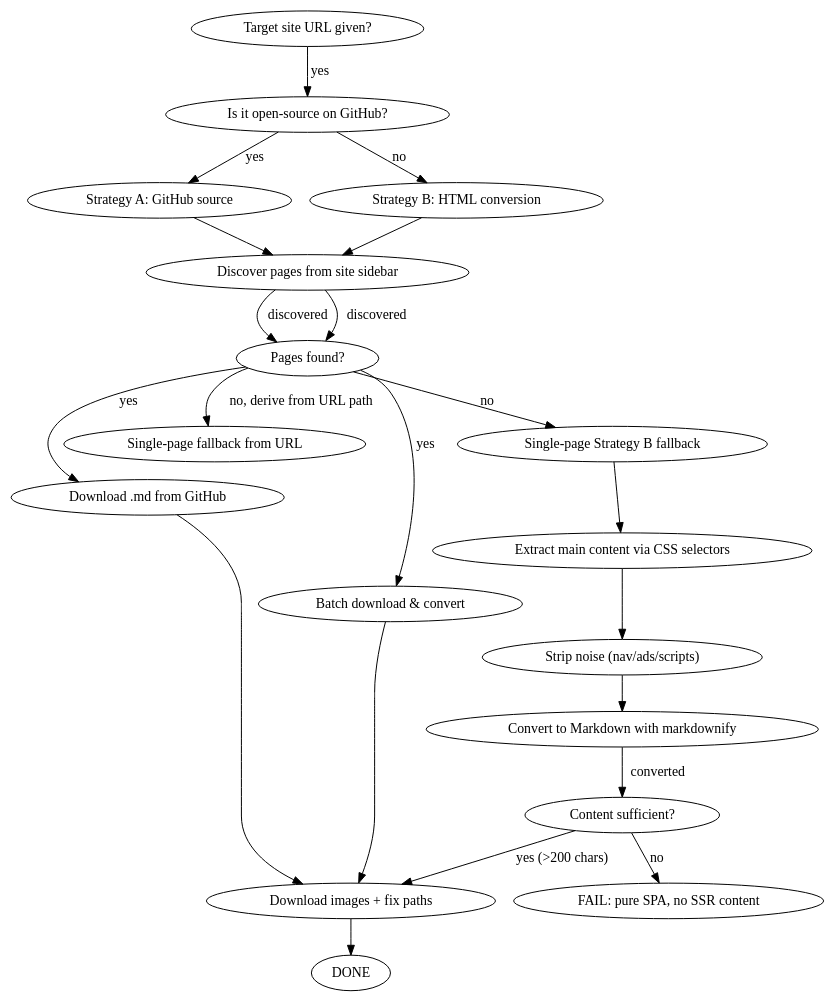
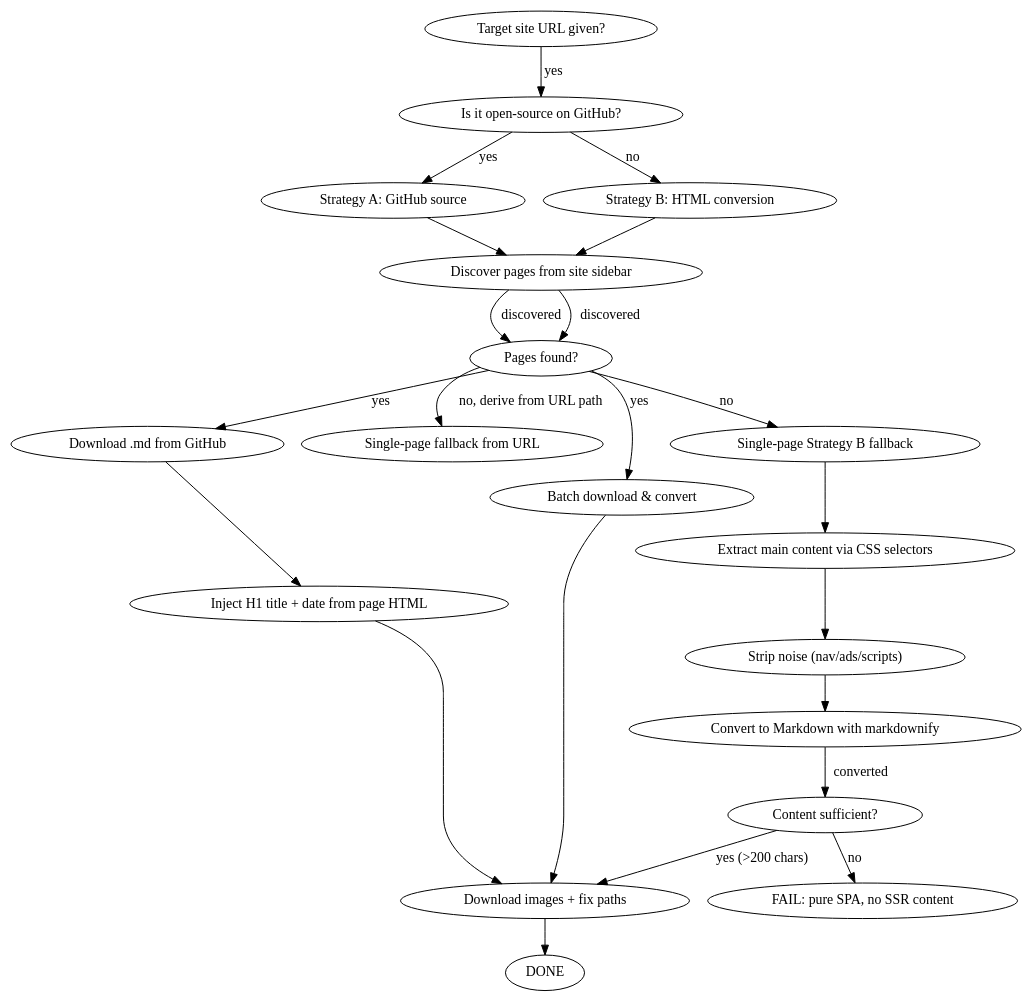
The diagram in skills/web-to-local-md/SKILL.md (Wendymayu/good-skills), drawn with Graphviz before and after one commit. The commit also changed other lines of this file and 2 other files, not shown here.

````diff
--- a/skills/web-to-local-md/SKILL.md
+++ b/skills/web-to-local-md/SKILL.md
@@ -33,24 +34,25 @@
 ```dot
 digraph decision {
   "Target site URL given?" -> "Is it open-source on GitHub?" [label="yes"];
   "Is it open-source on GitHub?" -> "Strategy A: GitHub source" [label="yes"];
   "Is it open-source on GitHub?" -> "Strategy B: HTML conversion" [label="no"];
   "Strategy A: GitHub source" -> "Discover pages from site sidebar";
   "Discover pages from site sidebar" -> "Pages found?" [label="discovered"];
   "Pages found?" -> "Download .md from GitHub" [label="yes"];
   "Pages found?" -> "Single-page fallback from URL" [label="no, derive from URL path"];
-  "Download .md from GitHub" -> "Download images + fix paths";
+  "Download .md from GitHub" -> "Inject H1 title + date from page HTML";
+  "Inject H1 title + date from page HTML" -> "Download images + fix paths";
   "Strategy B: HTML conversion" -> "Discover pages from site sidebar";
   "Discover pages from site sidebar" -> "Pages found?" [label="discovered"];
   "Pages found?" -> "Batch download & convert" [label="yes"];
   "Pages found?" -> "Single-page Strategy B fallback" [label="no"];
   "Single-page Strategy B fallback" -> "Extract main content via CSS selectors";
   "Extract main content via CSS selectors" -> "Strip noise (nav/ads/scripts)";
   "Strip noise (nav/ads/scripts)" -> "Convert to Markdown with markdownify";
   "Convert to Markdown with markdownify" -> "Content sufficient?" [label="converted"];
   "Content sufficient?" -> "Download images + fix paths" [label="yes (>200 chars)"];
   "Content sufficient?" -> "FAIL: pure SPA, no SSR content" [label="no"];
   "Download images + fix paths" -> "DONE";
   "Batch download & convert" -> "Download images + fix paths";
 }
 ```
````
